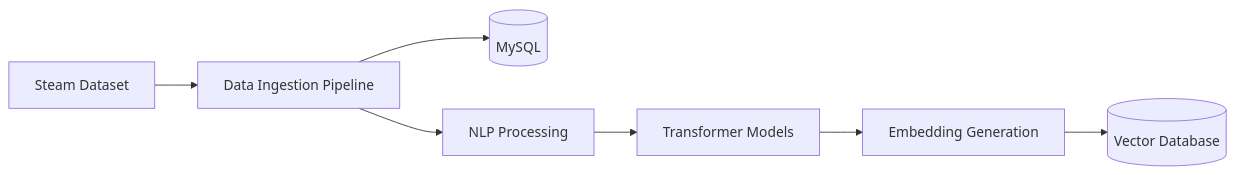
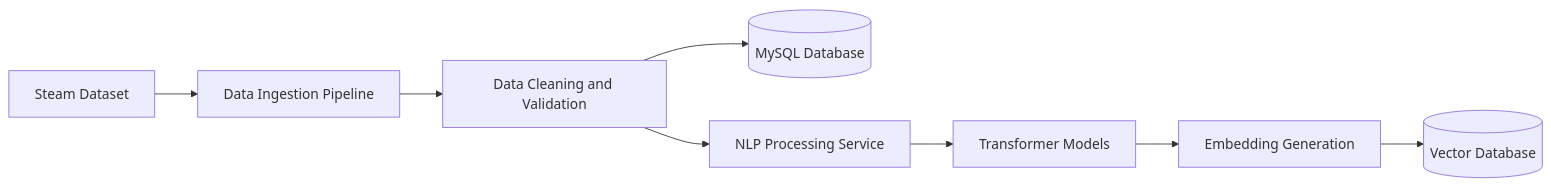
The third of 25 diagrams in docs/ArcademiaAI_Software_Design_Document.md (Rachit47/Arcademia-AI), drawn with Mermaid before and after one commit. The commit also changed other lines of this file, not shown here.

````diff
--- a/docs/ArcademiaAI_Software_Design_Document.md
+++ b/docs/ArcademiaAI_Software_Design_Document.md
@@ -548,30 +755,34 @@
 ```mermaid
 flowchart LR
 
 Dataset[Steam Dataset]
 
-Pipeline[Data Ingestion Pipeline]
+Ingestion[Data Ingestion Pipeline]
 
-MySQL[(MySQL)]
+Cleaning[Data Cleaning and Validation]
 
-NLP[NLP Processing]
+MySQL[(MySQL Database)]
+
+NLP[NLP Processing Service]
 
 Transformer[Transformer Models]
 
 Embedding[Embedding Generation]
 
 Vector[(Vector Database)]
 
 
-Dataset --> Pipeline
+Dataset --> Ingestion
 
-Pipeline --> MySQL
+Ingestion --> Cleaning
 
-Pipeline --> NLP
+Cleaning --> MySQL
+
+Cleaning --> NLP
 
 NLP --> Transformer
 
 Transformer --> Embedding
 
 Embedding --> Vector
 ```
````
